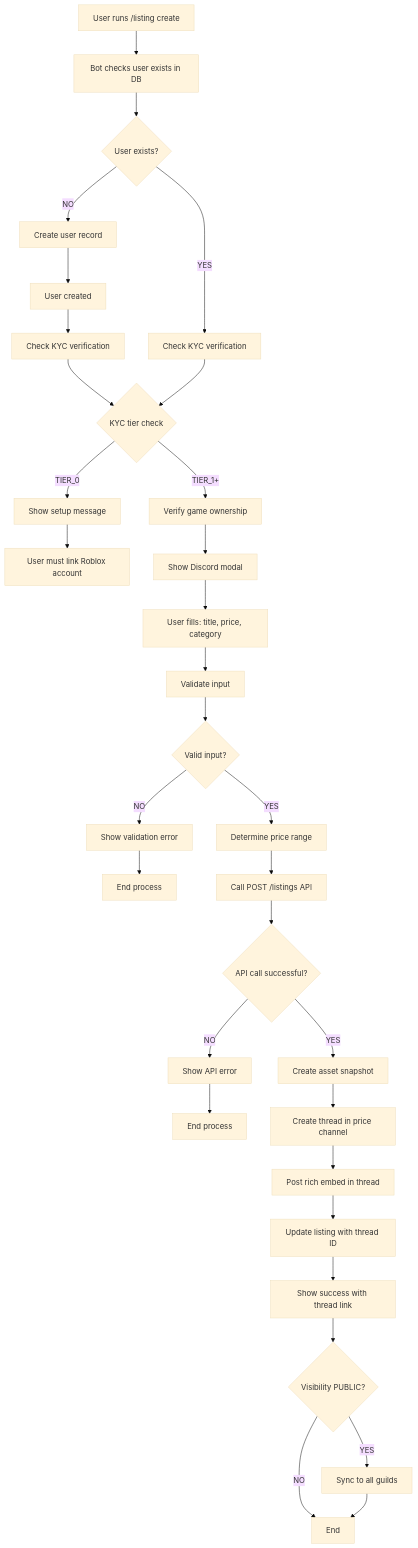
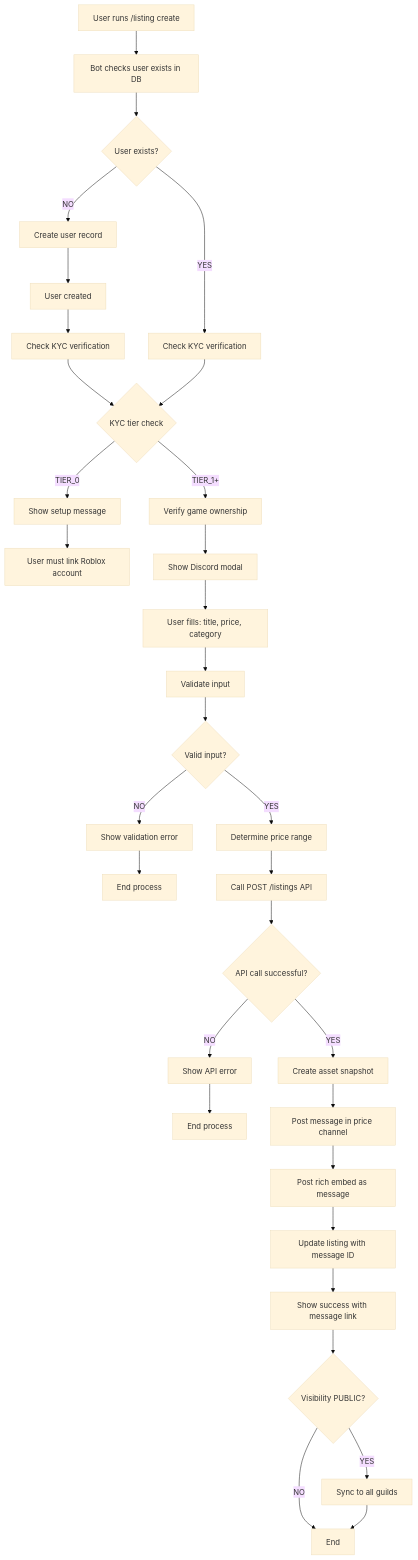
One commit to lhqezio/bloxtr8 changed the first of 4 diagrams in apps/discord-bot/FLOW_DIAGRAM.md. Above: the diagram before and after it, drawn with Mermaid (base theme). The commit also changed other lines of this file and 8 other files, not shown here.

````diff
--- a/apps/discord-bot/FLOW_DIAGRAM.md
+++ b/apps/discord-bot/FLOW_DIAGRAM.md
@@ -7,43 +7,43 @@
 ```mermaid
 flowchart TD
     A[User runs /listing create] --> B[Bot checks user exists in DB]
     B --> C{User exists?}
 
     C -->|NO| D[Create user record]
     D --> E[User created]
     E --> F[Check KYC verification]
 
     C -->|YES| G[Check KYC verification]
 
     F --> H{KYC tier check}
     G --> H
     H -->|TIER_0| I[Show setup message]
     I --> J[User must link Roblox account]
 
     H -->|TIER_1+| K[Verify game ownership]
     K --> L[Show Discord modal]
     L --> M[User fills: title, price, category]
     M --> N[Validate input]
     N --> O{Valid input?}
 
     O -->|NO| P[Show validation error]
     P --> Q[End process]
 
     O -->|YES| R[Determine price range]
     R --> S[Call POST /listings API]
     S --> T{API call successful?}
 
     T -->|NO| U[Show API error]
     U --> V[End process]
 
     T -->|YES| W[Create asset snapshot]
-    W --> X[Create thread in price channel]
-    X --> Y[Post rich embed in thread]
-    Y --> Z[Update listing with thread ID]
-    Z --> AA[Show success with thread link]
+    W --> X[Post message in price channel]
+    X --> Y[Post rich embed as message]
+    Y --> Z[Update listing with message ID]
+    Z --> AA[Show success with message link]
     AA --> AB{Visibility PUBLIC?}
 
     AB -->|YES| AC[Sync to all guilds]
     AB -->|NO| AD[End]
     AC --> AD
 ```
````
